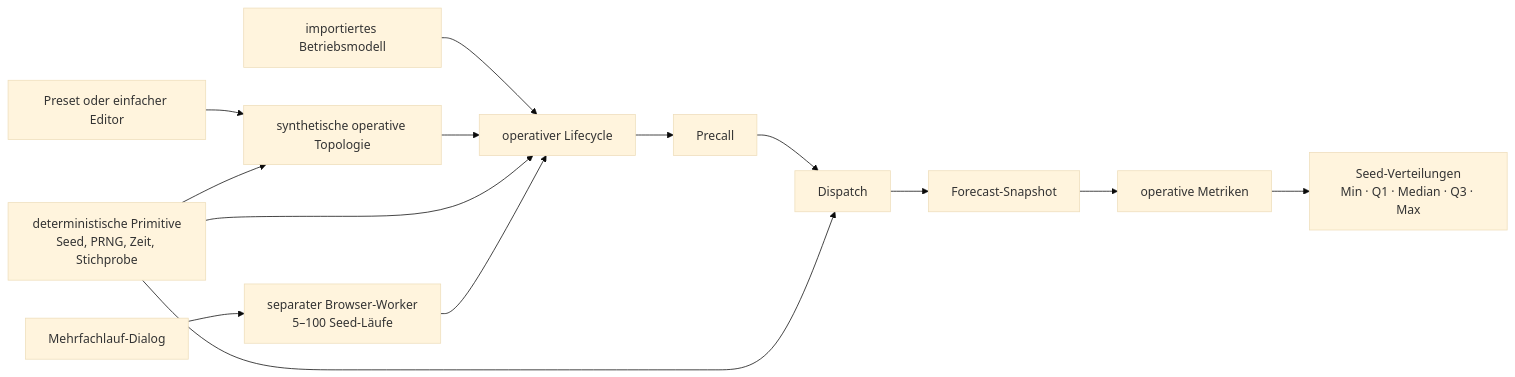
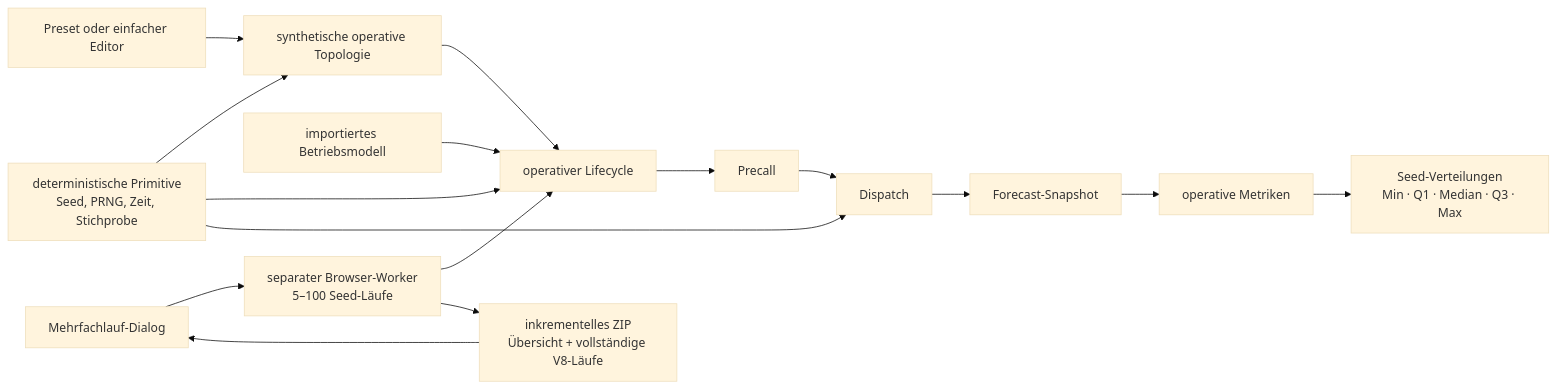
One commit to aguther/rundflug-leitstand changed the sixth of 8 diagrams in docs/architecture/arc42/05-bausteinsicht.md. Above: the diagram before and after it, drawn with Mermaid (base theme). The commit also changed other lines of this file and 31 other files, not shown here.

First line of the commit message:
feat(web): add batch archive and compact chart controls

````diff
--- a/docs/architecture/arc42/05-bausteinsicht.md
+++ b/docs/architecture/arc42/05-bausteinsicht.md
@@ -224,13 +224,15 @@
 ```mermaid
 flowchart LR
     PRESET["Preset oder einfacher Editor"] --> ADAPTER["synthetische operative Topologie"]
     IMPORT["importiertes Betriebsmodell"] --> LIFE
     ADAPTER --> LIFE["operativer Lifecycle"] --> PRECALL["Precall"] --> DISPATCH["Dispatch"] --> SNAPSHOT["Forecast-Snapshot"]
     PRIMITIVES["deterministische Primitive<br/>Seed, PRNG, Zeit, Stichprobe"] --> ADAPTER
     PRIMITIVES --> LIFE
     PRIMITIVES --> DISPATCH
     SNAPSHOT --> METRICS["operative Metriken"]
     BATCHUI["Mehrfachlauf-Dialog"] --> BATCHWORKER["separater Browser-Worker<br/>5–100 Seed-Läufe"]
     BATCHWORKER --> LIFE
     METRICS --> DISTRIBUTIONS["Seed-Verteilungen<br/>Min · Q1 · Median · Q3 · Max"]
+    BATCHWORKER --> ARCHIVE["inkrementelles ZIP<br/>Übersicht + vollständige V8-Läufe"]
+    ARCHIVE --> BATCHUI
 ```
````
